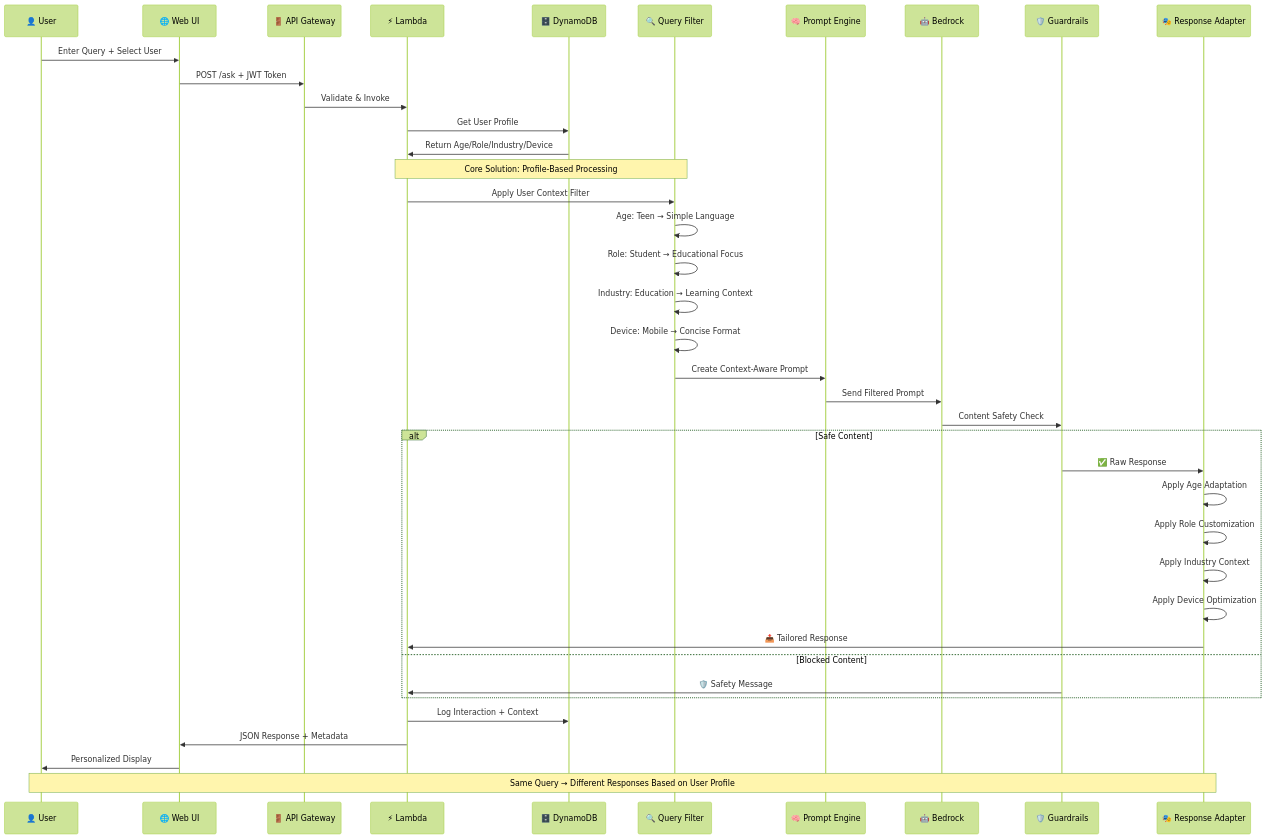
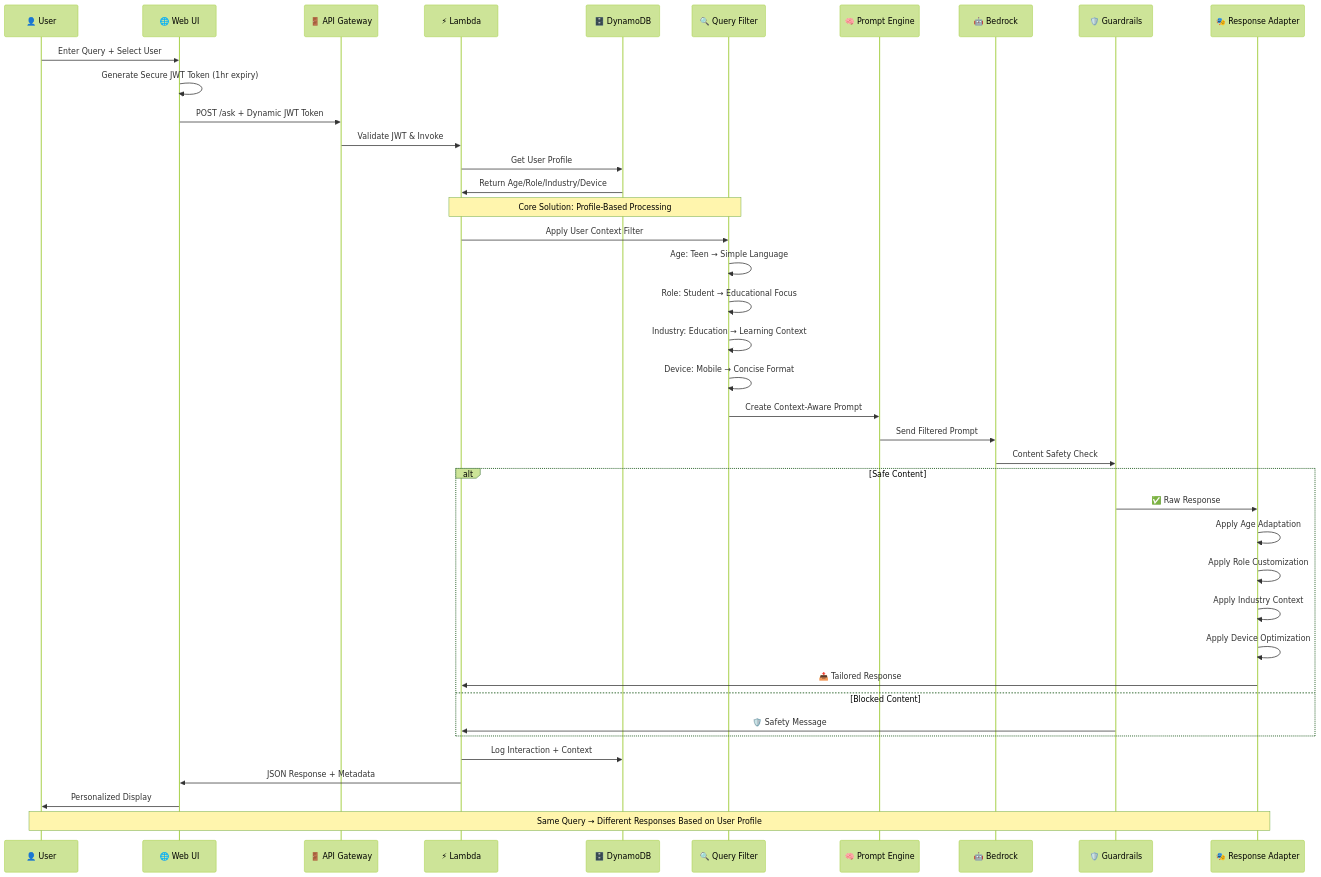
The second of 2 diagrams in README.md (aws-samples/sample-age-responsive-context-aware-ai-bedrock-guardrails), drawn with Mermaid (forest theme) before and after one commit. The commit also changed other lines of this file and 28 other files, not shown here.

````diff
--- a/README.md
+++ b/README.md
@@ -222,47 +257,48 @@
 ```mermaid
 sequenceDiagram
     participant U as 👤 User
     participant W as 🌐 Web UI
     participant A as 🚪 API Gateway
     participant L as ⚡ Lambda
     participant D as 🗄️ DynamoDB
     participant F as 🔍 Query Filter
     participant P as 🧠 Prompt Engine
     participant B as 🤖 Bedrock
     participant G as 🛡️ Guardrails
     participant R as 🎭 Response Adapter
     
     U->>W: Enter Query + Select User
-    W->>A: POST /ask + JWT Token
-    A->>L: Validate & Invoke
+    W->>W: Generate Secure JWT Token (1hr expiry)
+    W->>A: POST /ask + Dynamic JWT Token
+    A->>L: Validate JWT & Invoke
     L->>D: Get User Profile
     D->>L: Return Age/Role/Industry/Device
     
     Note over L,F: Core Solution: Profile-Based Processing
     L->>F: Apply User Context Filter
     F->>F: Age: Teen → Simple Language
     F->>F: Role: Student → Educational Focus
     F->>F: Industry: Education → Learning Context
     F->>F: Device: Mobile → Concise Format
     
     F->>P: Create Context-Aware Prompt
     P->>B: Send Filtered Prompt
     B->>G: Content Safety Check
     
     alt Safe Content
         G->>R: ✅ Raw Response
         R->>R: Apply Age Adaptation
         R->>R: Apply Role Customization
         R->>R: Apply Industry Context
         R->>R: Apply Device Optimization
         R->>L: 📤 Tailored Response
     else Blocked Content
         G->>L: 🛡️ Safety Message
     end
     
     L->>D: Log Interaction + Context
     L->>W: JSON Response + Metadata
     W->>U: Personalized Display
     
     Note over U,R: Same Query → Different Responses Based on User Profile
 ```
````
